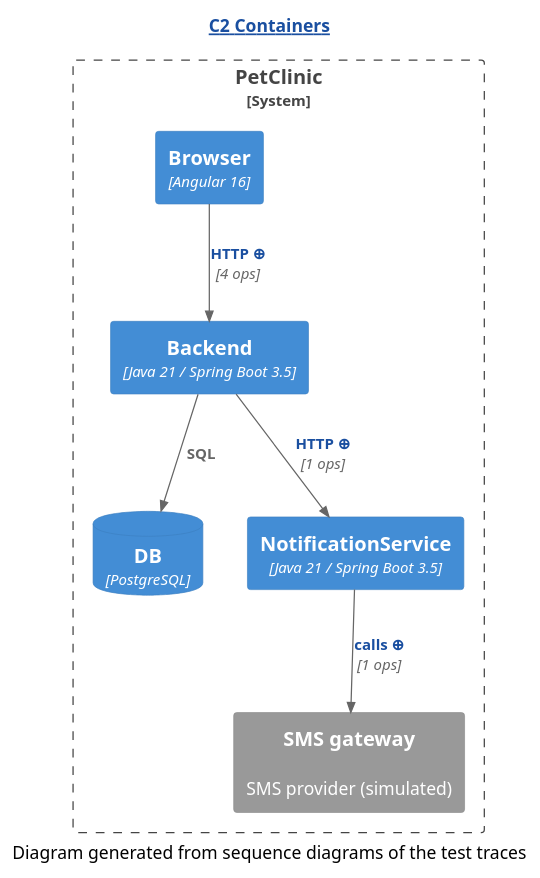
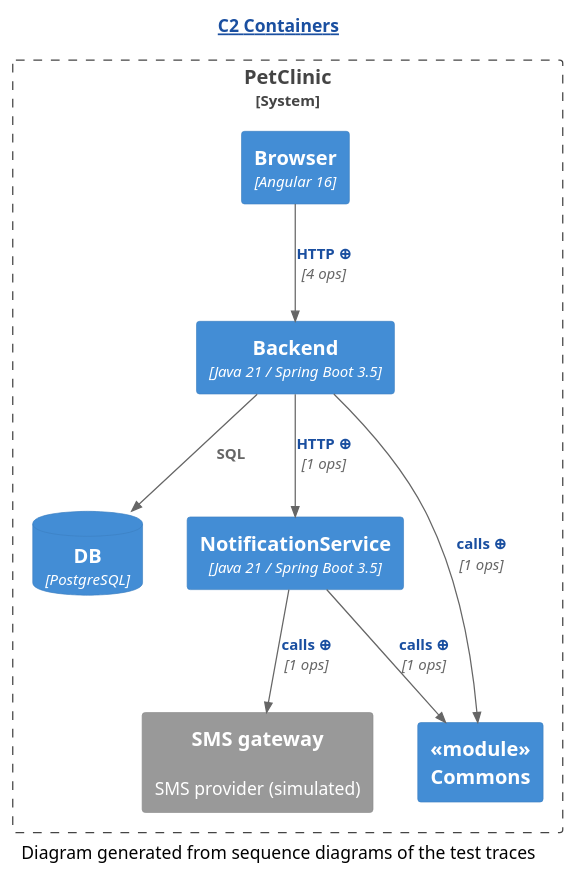
One commit to Winandvdb/human-review changed the diagram in demo/demo2/assets/c2/C2-Containers.new.puml. Above: the diagram before and after it, drawn with PlantUML. The commit also changed 127 other files, not shown here.

```diff
--- a/demo/demo2/assets/c2/C2-Containers.new.puml
+++ b/demo/demo2/assets/c2/C2-Containers.new.puml
@@ -1,20 +1,23 @@
 @startuml
 ' ⚠️  GENERATED — projected from the sequence diagrams by c2-from-sequence.py.
 !include <C4/C4_Container>
 HIDE_STEREOTYPE()
 skinparam hyperlinkUnderline false
 skinparam hyperlinkColor #1A4FA0
 title [[https://c4model.com/diagrams/container{What is a C2 diagram?} C2 Containers]]
 System_Boundary(c2_system, "PetClinic") {
   Container(Backend, "Backend", "Java 21 / Spring Boot 3.5", "")
   Container(Browser, "Browser", "Angular 16", "")
   ContainerDb(DB, "DB", "PostgreSQL", "")
   Container(NotificationService, "NotificationService", "Java 21 / Spring Boot 3.5", "")
   System_Ext(SMS_gateway, "SMS gateway", "SMS provider (simulated)", "")
+  Container(_module__nCommons, "«module»\nCommons", "", "")
 }
 Rel(Backend, DB, "SQL", "")
 Rel(Backend, NotificationService, "[[genseq://c2-279a196c9d{Click for the calls behind this line} HTTP ⊕]]", "1 ops")
+Rel(Backend, _module__nCommons, "[[genseq://c2-103d57f8db{Click for the calls behind this line} calls ⊕]]", "1 ops")
 Rel(Browser, Backend, "[[genseq://c2-43d2943456{Click for the calls behind this line} HTTP ⊕]]", "4 ops")
 Rel(NotificationService, SMS_gateway, "[[genseq://c2-cb01a30b7a{Click for the calls behind this line} calls ⊕]]", "1 ops")
+Rel(NotificationService, _module__nCommons, "[[genseq://c2-e128eb6ba0{Click for the calls behind this line} calls ⊕]]", "1 ops")
 caption Diagram generated from sequence diagrams of the test traces
 @enduml
```
